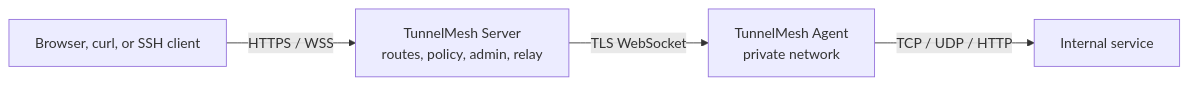
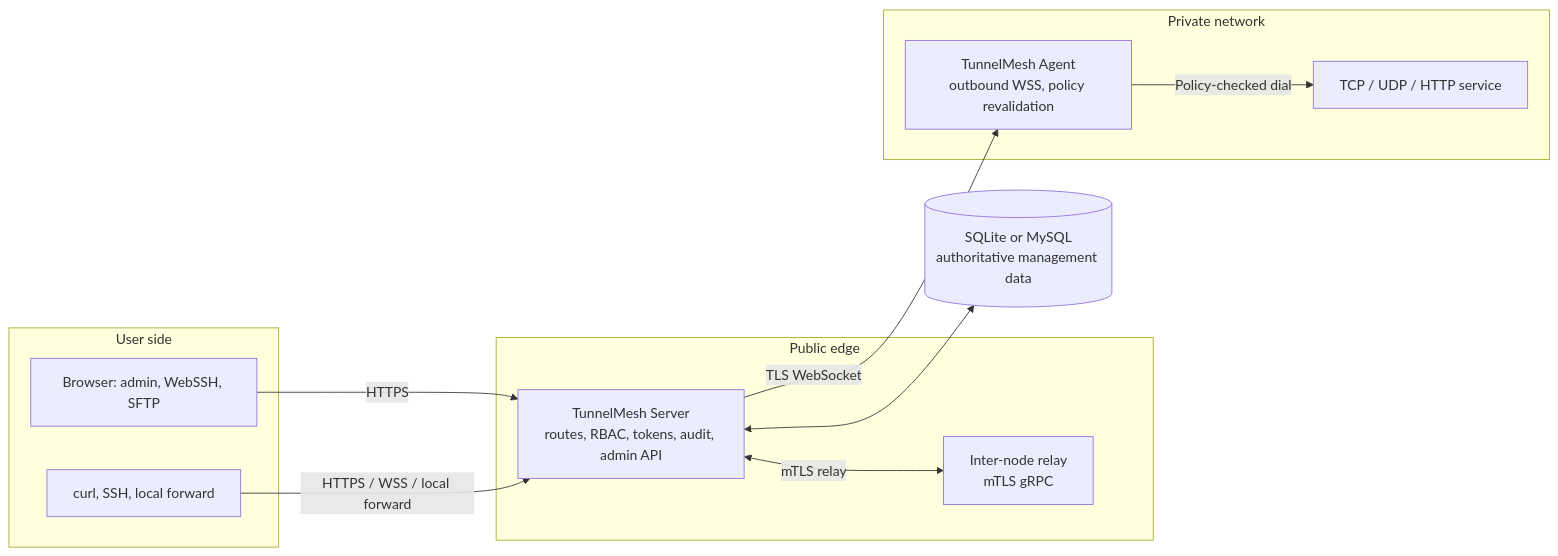
Before and after one commit to nnworld/TunnelMesh: the diagram in README.md, drawn with Mermaid. The commit also changed other lines of this file and 18 other files, not shown here.

````diff
--- a/README.md
+++ b/README.md
@@ -106,6 +107,26 @@
 ```mermaid
 flowchart LR
-    User[Browser, curl, or SSH client] -->|HTTPS / WSS| Server[TunnelMesh Server<br/>routes, policy, admin, relay]
-    Server -->|TLS WebSocket| Agent[TunnelMesh Agent<br/>private network]
-    Agent -->|TCP / UDP / HTTP| Service[Internal service]
+    subgraph UserSide [User side]
+        Browser[Browser: admin, WebSSH, SFTP]
+        CLI[curl, SSH, local forward]
+    end
+
+    subgraph Edge [Public edge]
+        Server[TunnelMesh Server<br/>routes, RBAC, tokens, audit, admin API]
+        Relay[Inter-node relay<br/>mTLS gRPC]
+    end
+
+    subgraph Private [Private network]
+        Agent[TunnelMesh Agent<br/>outbound WSS, policy revalidation]
+        Service[TCP / UDP / HTTP service]
+    end
+
+    Store[(SQLite or MySQL<br/>authoritative management data)]
+
+    Browser -->|HTTPS| Server
+    CLI -->|HTTPS / WSS / local forward| Server
+    Server <-->|mTLS relay| Relay
+    Server -->|TLS WebSocket| Agent
+    Agent -->|Policy-checked dial| Service
+    Server <--> Store
 ```
````
